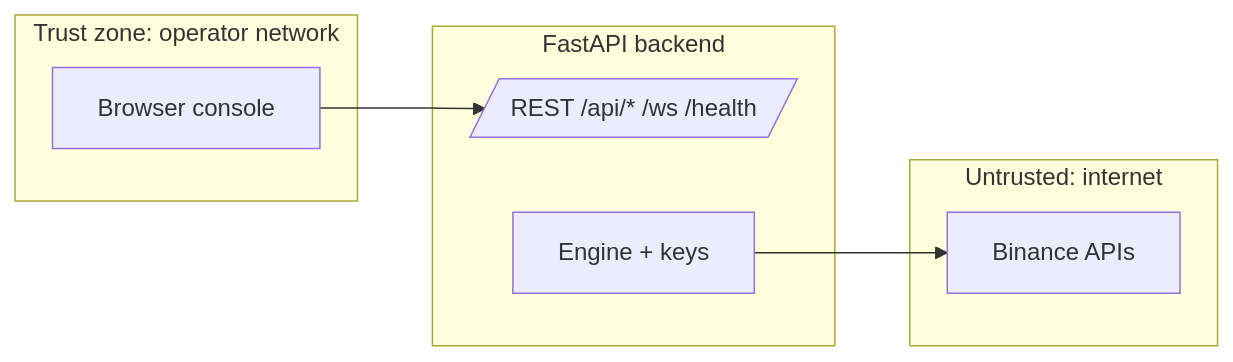
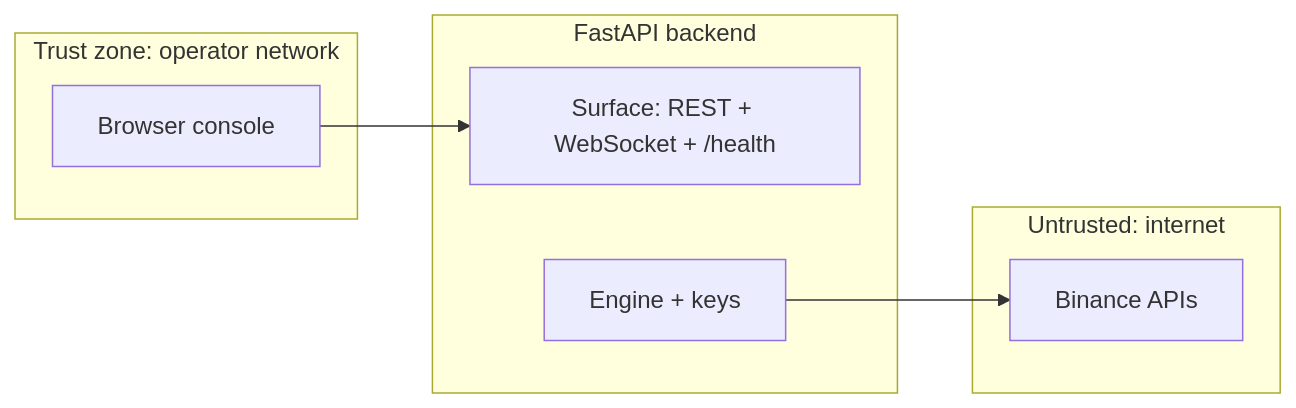
The diagram in docs/SECURITY.md (Zendragon98/algo-trading-hub), drawn with Mermaid before and after one commit. The commit also changed 2 other files, not shown here.

Commit message:
Update architecture diagrams and enhance documentation clarity
- Revised README and backend documentation to improve clarity and structure, including updated descriptions of system components and their interactions.
- Enhanced architecture diagrams for both the per-tick and events flow, providing clearer visual representations of data flow and event handling.
- Updated paths in the repository layout for better organization and accessibility of resources.
- Improved security documentation to specify the surface of REST and WebSocket endpoints.

````diff
--- a/docs/SECURITY.md
+++ b/docs/SECURITY.md
@@ -9,15 +9,15 @@
 ```mermaid
 flowchart LR
   subgraph Trust["Trust zone: operator network"]
     B[Browser console]
   end
   subgraph API["FastAPI backend"]
-    REST[/REST /api/* /ws /health/]
+    REST["Surface: REST + WebSocket + /health"]
     ENG[Engine + keys]
   end
   subgraph Untrusted["Untrusted: internet"]
     EX[Binance APIs]
   end
   B --> REST
   ENG --> EX
 ```
````
